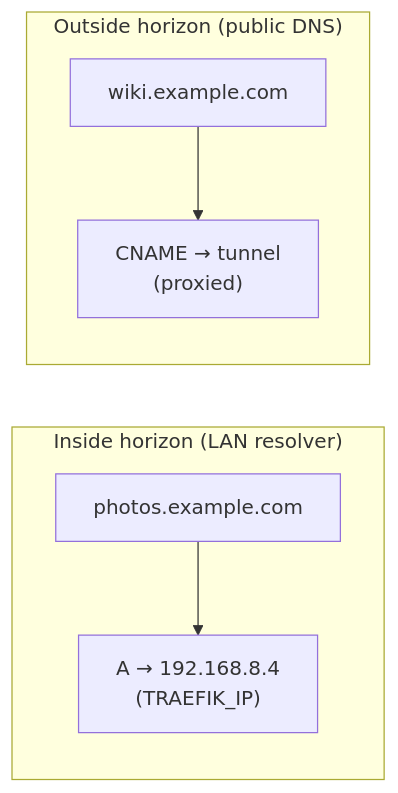
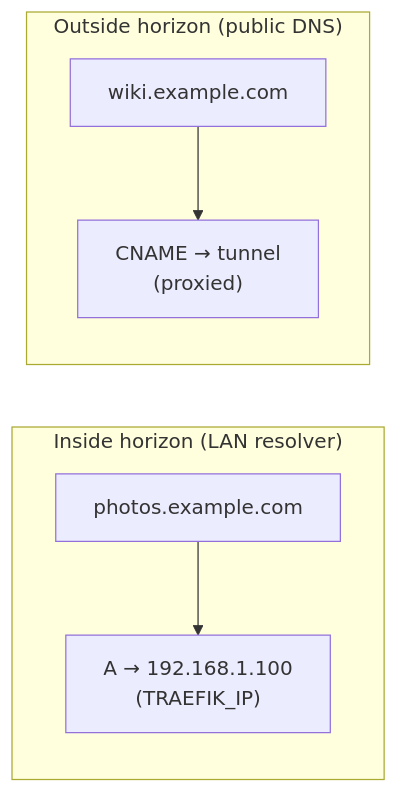
Before and after one commit to kevinteg/SyrvisCore: the first of 5 diagrams in docs/wiki/04-split-dns.md, drawn with Mermaid. The commit also changed other lines of this file and 16 other files, not shown here.

````diff
--- a/docs/wiki/04-split-dns.md
+++ b/docs/wiki/04-split-dns.md
@@ -25,9 +25,9 @@
 ```mermaid
 flowchart LR
     subgraph inside["Inside horizon (LAN resolver)"]
-        i["photos.example.com"] --> ip["A → 192.168.8.4<br/>(TRAEFIK_IP)"]
+        i["photos.example.com"] --> ip["A → 192.168.1.100<br/>(TRAEFIK_IP)"]
     end
     subgraph outside["Outside horizon (public DNS)"]
         o["wiki.example.com"] --> cname["CNAME → tunnel<br/>(proxied)"]
     end
 ```
````
